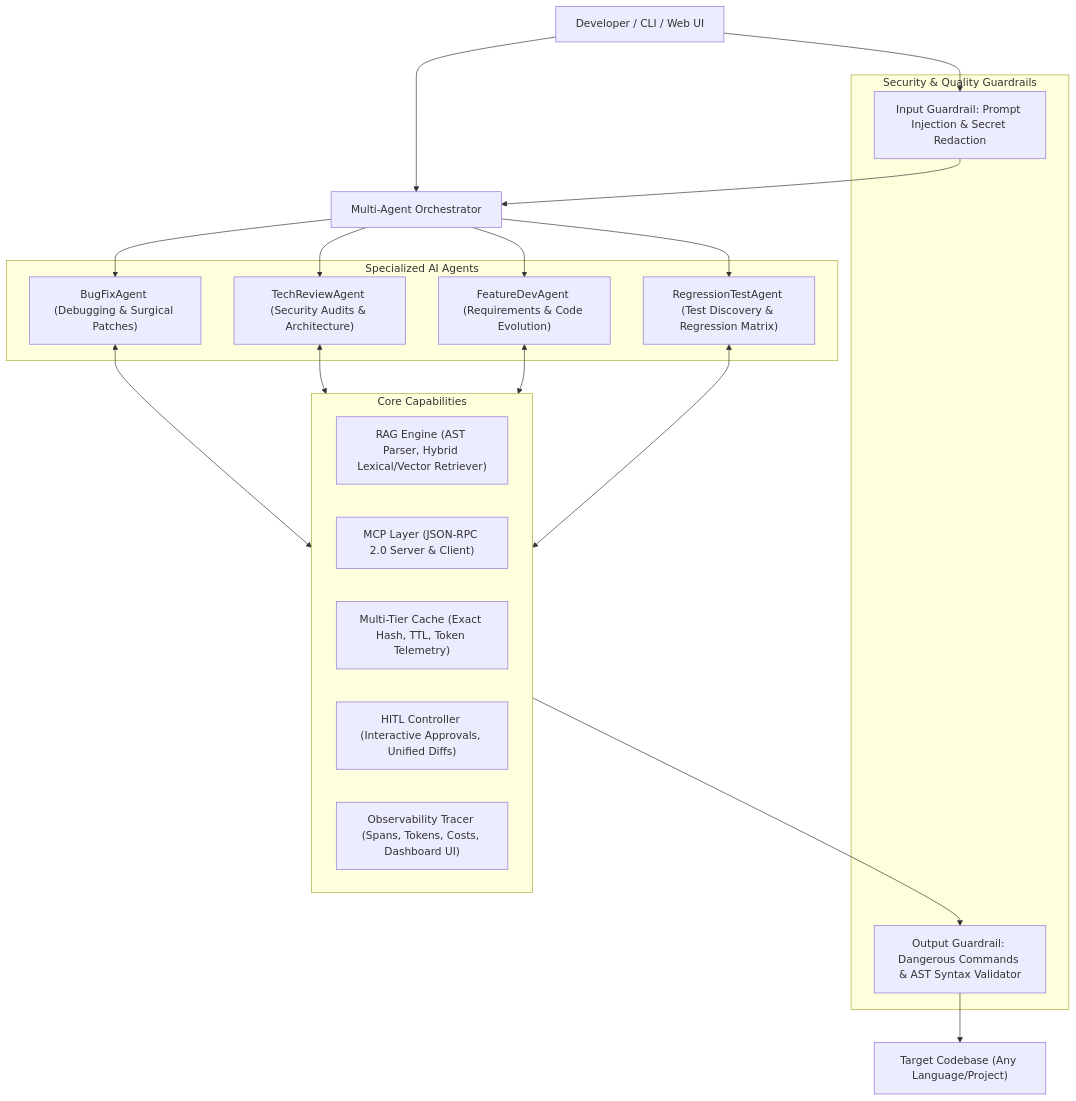
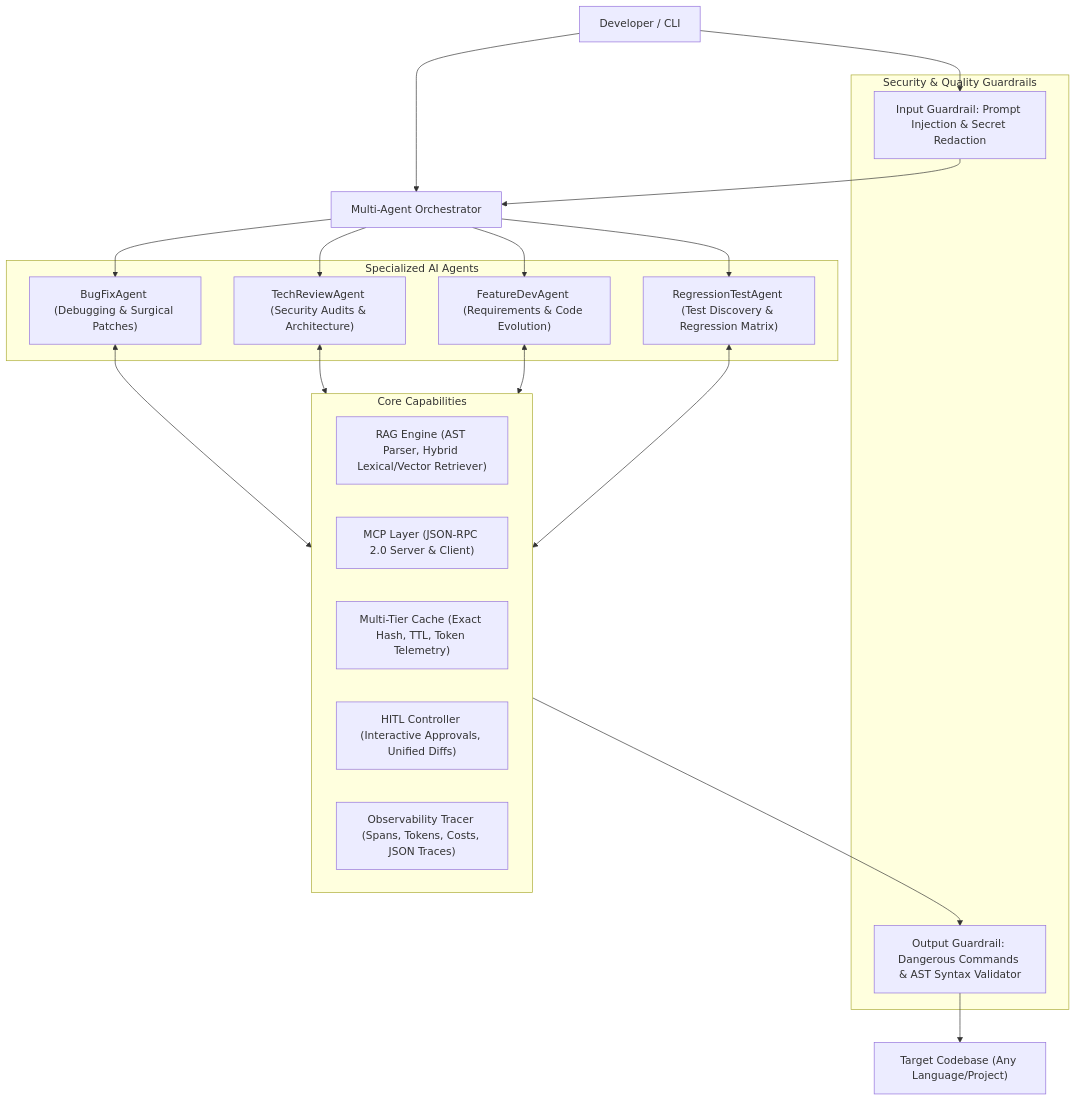
Before and after one commit to thepraveenrai/agentic-ai-framework: the diagram in README.md, drawn with Mermaid. The commit also changed other lines of this file and 18 other files, not shown here.

````diff
--- a/README.md
+++ b/README.md
@@ -27,38 +27,38 @@
 ```mermaid
 graph TD
-    User["Developer / CLI / Web UI"] --> Orchestrator["Multi-Agent Orchestrator"]
+    User["Developer / CLI"] --> Orchestrator["Multi-Agent Orchestrator"]
     
     subgraph Guardrails ["Security & Quality Guardrails"]
         IG["Input Guardrail: Prompt Injection & Secret Redaction"]
         OG["Output Guardrail: Dangerous Commands & AST Syntax Validator"]
     end
 
     User --> IG --> Orchestrator
 
     subgraph Agents ["Specialized AI Agents"]
         BFA["BugFixAgent (Debugging & Surgical Patches)"]
         TRA["TechReviewAgent (Security Audits & Architecture)"]
         FDA["FeatureDevAgent (Requirements & Code Evolution)"]
         RTA["RegressionTestAgent (Test Discovery & Regression Matrix)"]
     end
 
     Orchestrator --> BFA
     Orchestrator --> TRA
     Orchestrator --> FDA
     Orchestrator --> RTA
 
     subgraph CoreEngine ["Core Capabilities"]
         RAG["RAG Engine (AST Parser, Hybrid Lexical/Vector Retriever)"]
         MCP["MCP Layer (JSON-RPC 2.0 Server & Client)"]
         Cache["Multi-Tier Cache (Exact Hash, TTL, Token Telemetry)"]
         HITL["HITL Controller (Interactive Approvals, Unified Diffs)"]
-        Obs["Observability Tracer (Spans, Tokens, Costs, Dashboard UI)"]
+        Obs["Observability Tracer (Spans, Tokens, Costs, JSON Traces)"]
     end
 
     BFA <--> CoreEngine
     TRA <--> CoreEngine
     FDA <--> CoreEngine
     RTA <--> CoreEngine
 
     CoreEngine --> OG --> TargetProject["Target Codebase (Any Language/Project)"]
 ```
````
